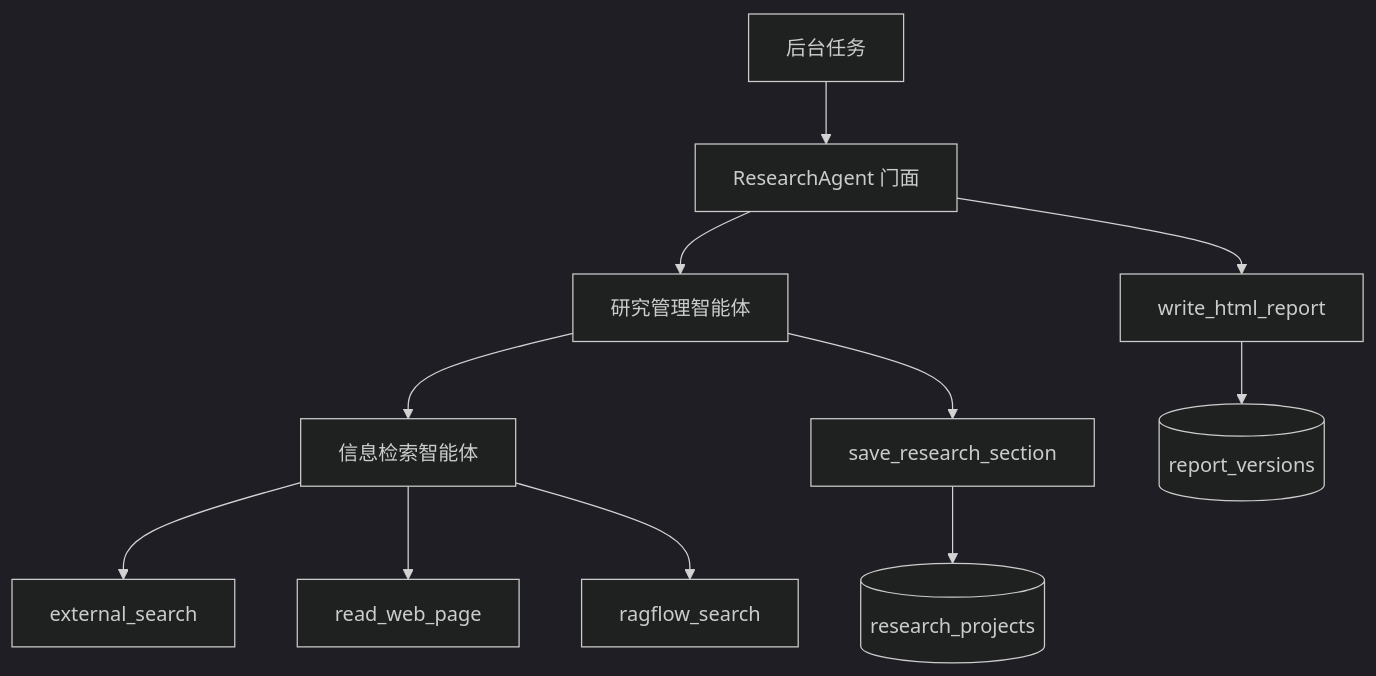
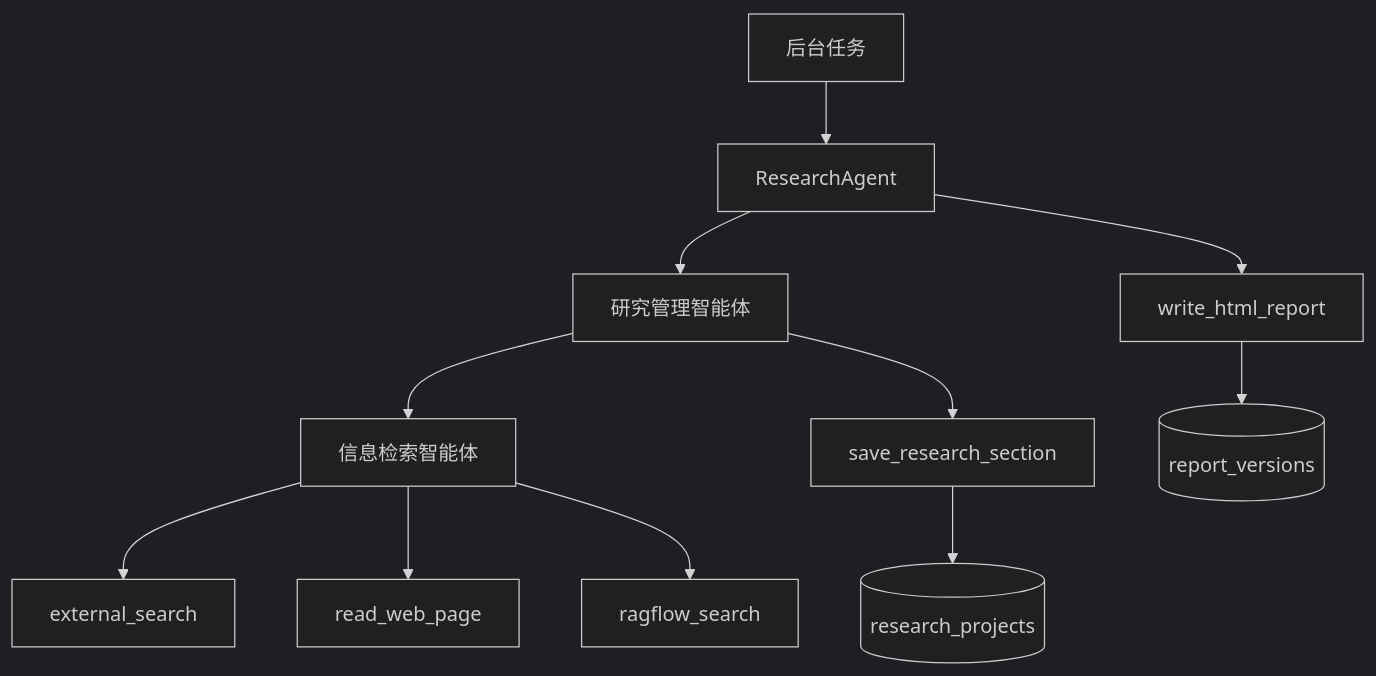
One commit to LLMNO-1/DeepResearch changed the second of 2 diagrams in 学习笔记/最终课件/03_研究Agent设计与开发.md. Above: the diagram before and after it, drawn with Mermaid (dark theme). The commit also changed other lines of this file and 1 other file, not shown here.

````diff
--- a/学习笔记/最终课件/03_研究Agent设计与开发.md
+++ b/学习笔记/最终课件/03_研究Agent设计与开发.md
@@ -27,25 +706,25 @@
 ```mermaid
 flowchart TD
     后台任务[后台任务]
-    Agent门面[ResearchAgent 门面]
+    Agent门面[ResearchAgent]
     研究管理[研究管理智能体]
     信息检索[信息检索智能体]
     外部搜索[external_search]
     网页读取[read_web_page]
     知识库检索[ragflow_search]
     章节保存[save_research_section]
     项目仓储[(research_projects)]
     报告渲染[write_html_report]
     报告仓储[(report_versions)]
 
     后台任务 --> Agent门面
     Agent门面 --> 研究管理
     研究管理 --> 信息检索
     信息检索 --> 外部搜索
     信息检索 --> 网页读取
     信息检索 --> 知识库检索
     研究管理 --> 章节保存
     章节保存 --> 项目仓储
     Agent门面 --> 报告渲染
     报告渲染 --> 报告仓储
 ```
````
